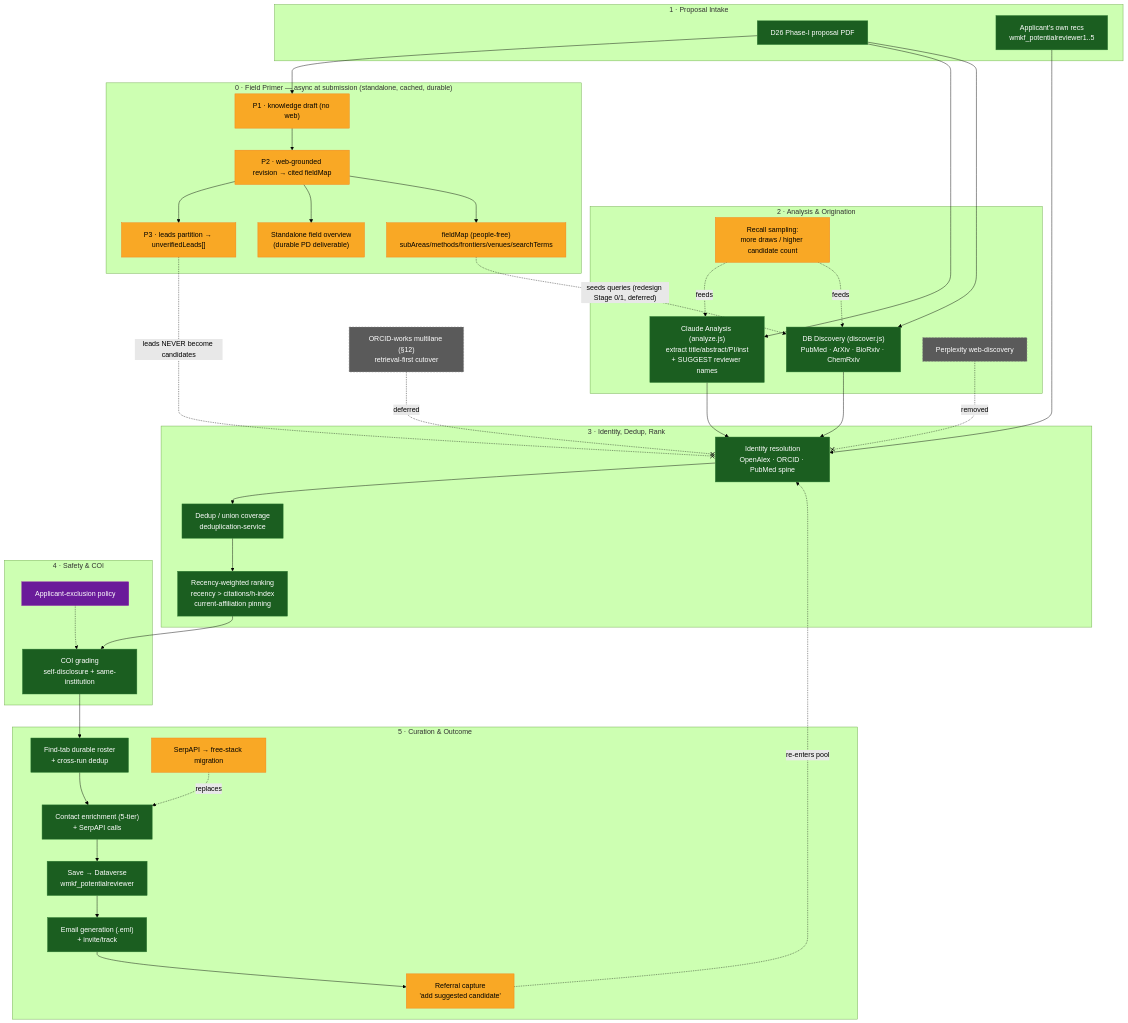
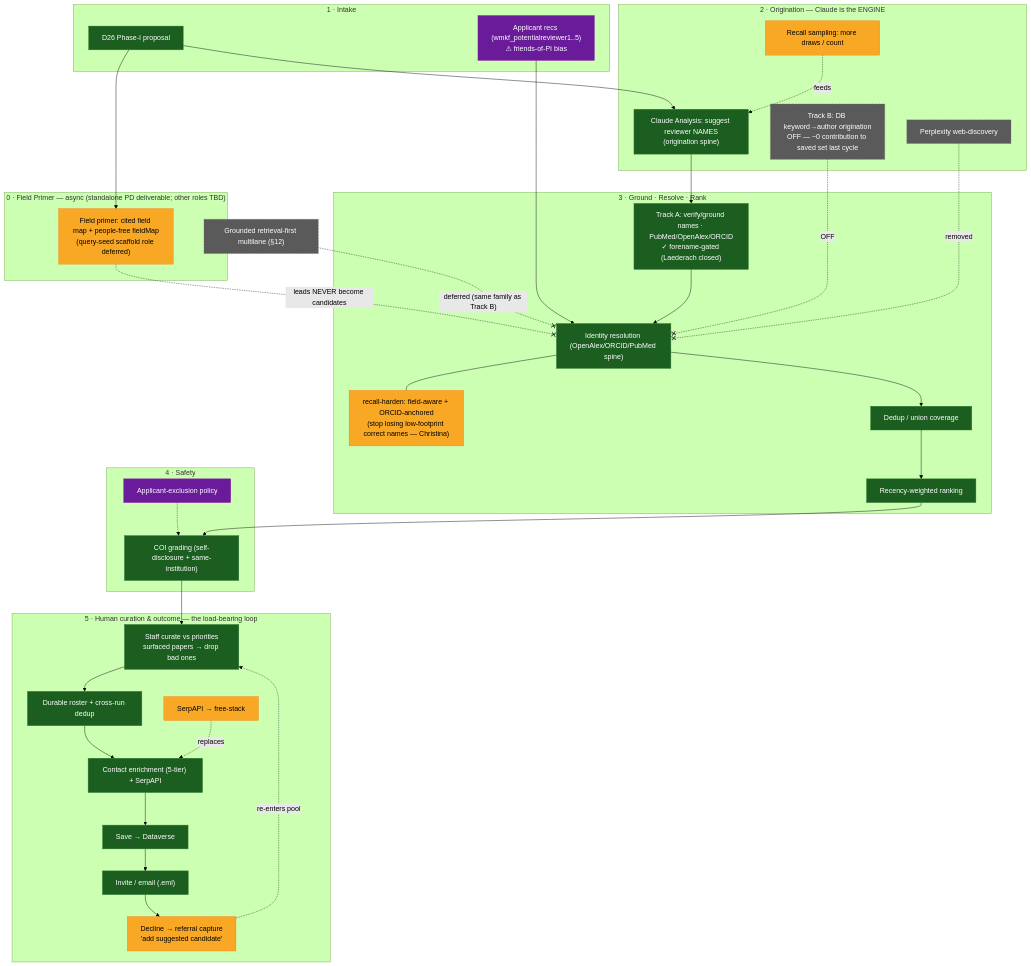
Before and after one commit to justingallivan/wmkf-research-apps: the diagram in docs/REVIEWER_FINDER_D26_PIPELINE_FLOWCHART.md, drawn with Mermaid (forest theme). The commit also changed other lines of this file, not shown here.

First line of the commit message:
docs(reviewer-finder): revise D26 flowchart — Claude engine, Track B off, downstream leverage

````diff
--- a/docs/REVIEWER_FINDER_D26_PIPELINE_FLOWCHART.md
+++ b/docs/REVIEWER_FINDER_D26_PIPELINE_FLOWCHART.md
@@ -16,76 +24,70 @@
 ```mermaid
 flowchart TD
-    subgraph PRIMER["0 · Field Primer — async at submission (standalone, cached, durable)"]
-        PR1["P1 · knowledge draft (no web)"]
-        PR2["P2 · web-grounded revision → cited fieldMap"]
-        PR3["P3 · leads partition → unverifiedLeads[]"]
-        PRDOC["Standalone field overview<br/>(durable PD deliverable)"]
-        FMAP["fieldMap (people-free)<br/>subAreas/methods/frontiers/venues/searchTerms"]
+    subgraph PRIMER["0 · Field Primer — async (standalone PD deliverable; other roles TBD)"]
+        PR["Field primer: cited field map + people-free fieldMap<br/>(query-seed scaffold role deferred)"]
     end
 
-    subgraph INPUT["1 · Proposal Intake"]
-        P[D26 Phase-I proposal PDF]
-        AppRecs["Applicant's own recs<br/>wmkf_potentialreviewer1..5"]
+    subgraph INPUT["1 · Intake"]
+        P[D26 Phase-I proposal]
+        AppRecs["Applicant recs (wmkf_potentialreviewer1..5)<br/>⚠ friends-of-PI bias"]
     end
 
-    subgraph ANALYZE["2 · Analysis & Origination"]
-        CA["Claude Analysis (analyze.js)<br/>extract title/abstract/PI/inst<br/>+ SUGGEST reviewer names"]
-        TB["DB Discovery (discover.js)<br/>PubMed · ArXiv · BioRxiv · ChemRxiv"]
-        RS["Recall sampling:<br/>more draws / higher candidate count"]
+    subgraph ORIG["2 · Origination — Claude is the ENGINE"]
+        CA["Claude Analysis: suggest reviewer NAMES<br/>(origination spine)"]
+        RS["Recall sampling: more draws / count"]
+        TB["Track B: DB keyword→author origination<br/>OFF — ~0 contribution to saved set last cycle"]
         WEB["Perplexity web-discovery"]
     end
 
-    subgraph RESOLVE["3 · Identity, Dedup, Rank"]
-        ID["Identity resolution<br/>OpenAlex · ORCID · PubMed spine"]
-        DD["Dedup / union coverage<br/>deduplication-service"]
-        RK["Recency-weighted ranking<br/>recency &gt; citations/h-index<br/>current-affiliation pinning"]
+    subgraph GROUND["3 · Ground · Resolve · Rank"]
+        TA["Track A: verify/ground names · PubMed/OpenAlex/ORCID<br/>✓ forename-gated (Laederach closed)"]
+        ID["Identity resolution (OpenAlex/ORCID/PubMed spine)"]
+        IDFIX["recall-harden: field-aware + ORCID-anchored<br/>(stop losing low-footprint correct names — Christina)"]
+        DD["Dedup / union coverage"]
+        RK["Recency-weighted ranking"]
     end
 
-    subgraph GATE["4 · Safety & COI"]
-        COI["COI grading<br/>self-disclosure + same-institution"]
+    subgraph GATE["4 · Safety"]
+        COI["COI grading (self-disclosure + same-institution)"]
         EXC["Applicant-exclusion policy"]
     end
 
-    subgraph CURATE["5 · Curation & Outcome"]
-        ROSTER["Find-tab durable roster<br/>+ cross-run dedup"]
-        ENR["Contact enrichment (5-tier)<br/>+ SerpAPI calls"]
-        SERP["SerpAPI &rarr; free-stack migration"]
-        REF["Referral capture<br/>'add suggested candidate'"]
-        SAVE["Save &rarr; Dataverse<br/>wmkf_potentialreviewer"]
-        EMAIL["Email generation (.eml)<br/>+ invite/track"]
+    subgraph HUMAN["5 · Human curation & outcome — the load-bearing loop"]
+        CUR["Staff curate vs priorities<br/>surfaced papers → drop bad ones"]
+        ROSTER["Durable roster + cross-run dedup"]
+        ENR["Contact enrichment (5-tier) + SerpAPI"]
+        SERP["SerpAPI → free-stack"]
+        SAVE["Save → Dataverse"]
+        INVITE["Invite / email (.eml)"]
+        REF["Decline → referral capture<br/>'add suggested candidate'"]
     end
 
-    GROUNDED["ORCID-works multilane (§12)<br/>retrieval-first cutover"]
+    GROUNDED["Grounded retrieval-first multilane (§12)"]
 
-    P --> PR1 --> PR2 --> PR3
-    PR2 --> PRDOC
-    PR2 --> FMAP
-    FMAP -. seeds queries (redesign Stage 0/1, deferred) .-> TB
-    PR3 -. leads NEVER become candidates .-x ID
-
+    P --> PR
     P --> CA
-    P --> TB
+    RS -.feeds.-> CA
     AppRecs --> ID
-    CA --> ID
-    TB --> ID
-    RS -.feeds.-> CA
-    RS -.feeds.-> TB
+    CA --> TA --> ID
+    TB -. OFF .-x ID
     WEB -. removed .-x ID
+    PR -. leads NEVER become candidates .-x ID
+    ID --- IDFIX
     ID --> DD --> RK --> COI
     EXC -.-> COI
-    COI --> ROSTER --> ENR --> SAVE --> EMAIL
-    SERP -.replaces.-> ENR
-    EMAIL --> REF
-    REF -.re-enters pool.-> ID
-    GROUNDED -. deferred .-x ID
+    COI --> CUR --> ROSTER --> ENR --> SAVE --> INVITE
+    SERP -. replaces .-> ENR
+    INVITE --> REF
+    REF -. re-enters pool .-> CUR
+    GROUNDED -. deferred (same family as Track B) .-x ID
 
     classDef exists fill:#1b5e20,stroke:#2e7d32,color:#fff
     classDef build fill:#f9a825,stroke:#f57f17,color:#000
     classDef dead fill:#5a5a5a,stroke:#777,color:#fff,stroke-dasharray:4 3
     classDef open fill:#6a1b9a,stroke:#8e24aa,color:#fff
 
-    class P,AppRecs,CA,TB,ID,DD,RK,COI,ROSTER,ENR,SAVE,EMAIL exists
-    class RS,REF,SERP,PR1,PR2,PR3,PRDOC,FMAP build
-    class WEB,GROUNDED dead
-    class EXC open
+    class P,CA,TA,ID,DD,RK,COI,CUR,ROSTER,ENR,SAVE,INVITE exists
+    class RS,IDFIX,SERP,REF,PR build
+    class WEB,GROUNDED,TB dead
+    class EXC,AppRecs open
 ```
````
